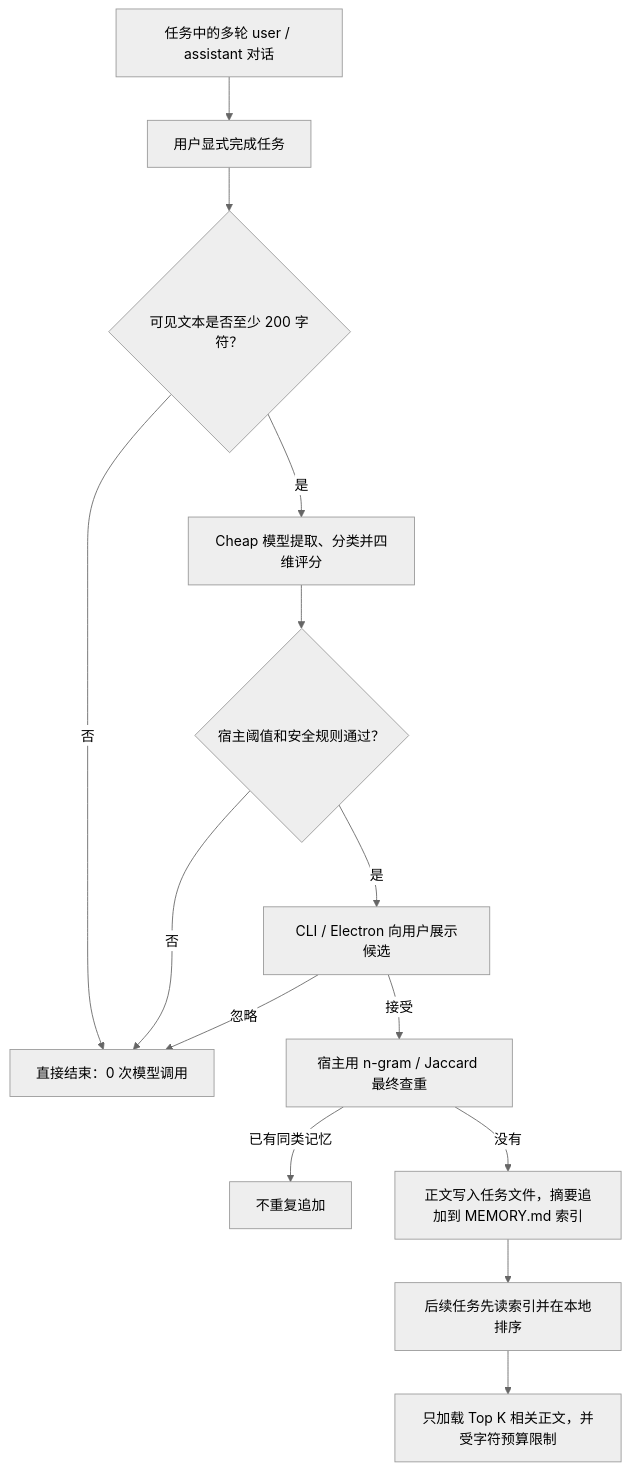
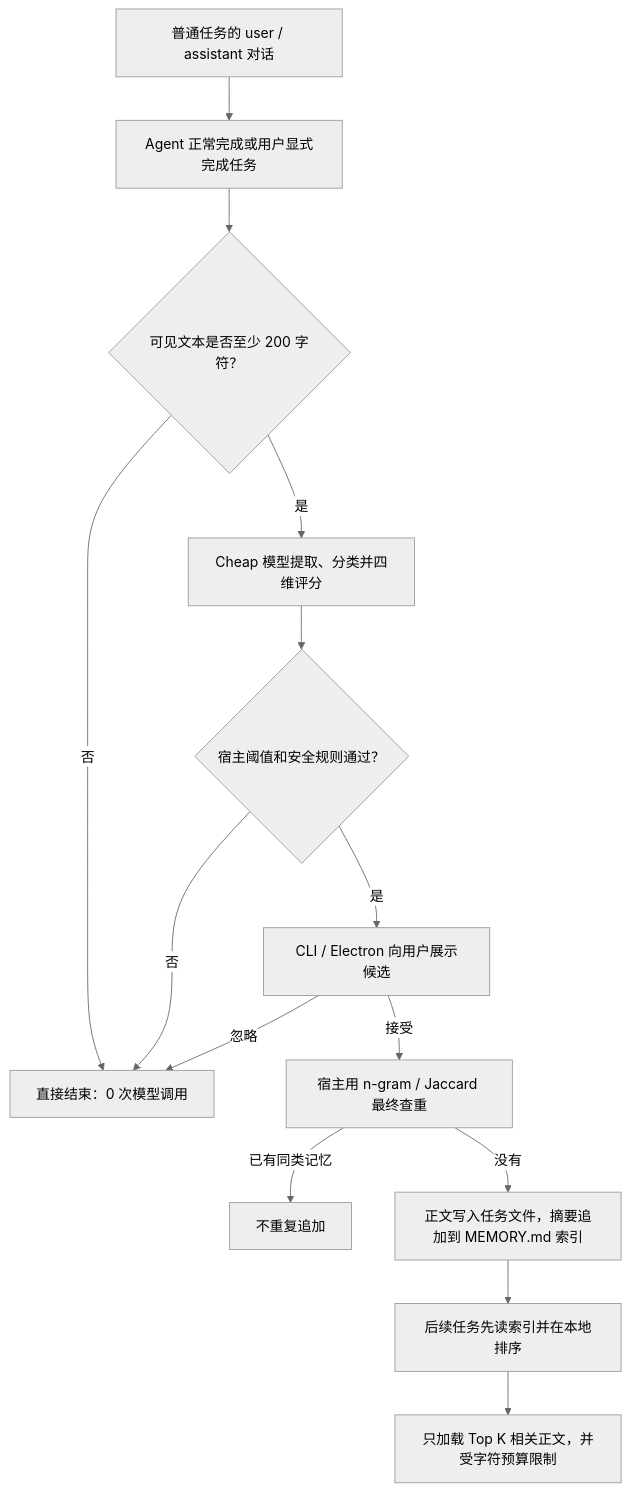
The tenth of 45 diagrams in 技术方案报告.md (YachuanWzh/flavor-code), drawn with Mermaid (neutral theme) before and after one commit. The commit also changed other lines of this file and 15 other files, not shown here.

````diff
--- a/技术方案报告.md
+++ b/技术方案报告.md
@@ -886,16 +886,16 @@
 ```mermaid
 flowchart TD
-    A["任务中的多轮 user / assistant 对话"] --> B["用户显式完成任务"]
+    A["普通任务的 user / assistant 对话"] --> B["Agent 正常完成或用户显式完成任务"]
     B --> C{"可见文本是否至少 200 字符？"}
     C -->|否| Z["直接结束：0 次模型调用"]
     C -->|是| D["Cheap 模型提取、分类并四维评分"]
     D --> E{"宿主阈值和安全规则通过？"}
     E -->|否| Z
     E -->|是| F["CLI / Electron 向用户展示候选"]
     F -->|忽略| Z
     F -->|接受| G["宿主用 n-gram / Jaccard 最终查重"]
     G -->|已有同类记忆| H["不重复追加"]
     G -->|没有| I["正文写入任务文件，摘要追加到 MEMORY.md 索引"]
     I --> J["后续任务先读索引并在本地排序"]
     J --> K["只加载 Top K 相关正文，并受字符预算限制"]
 ```
````
